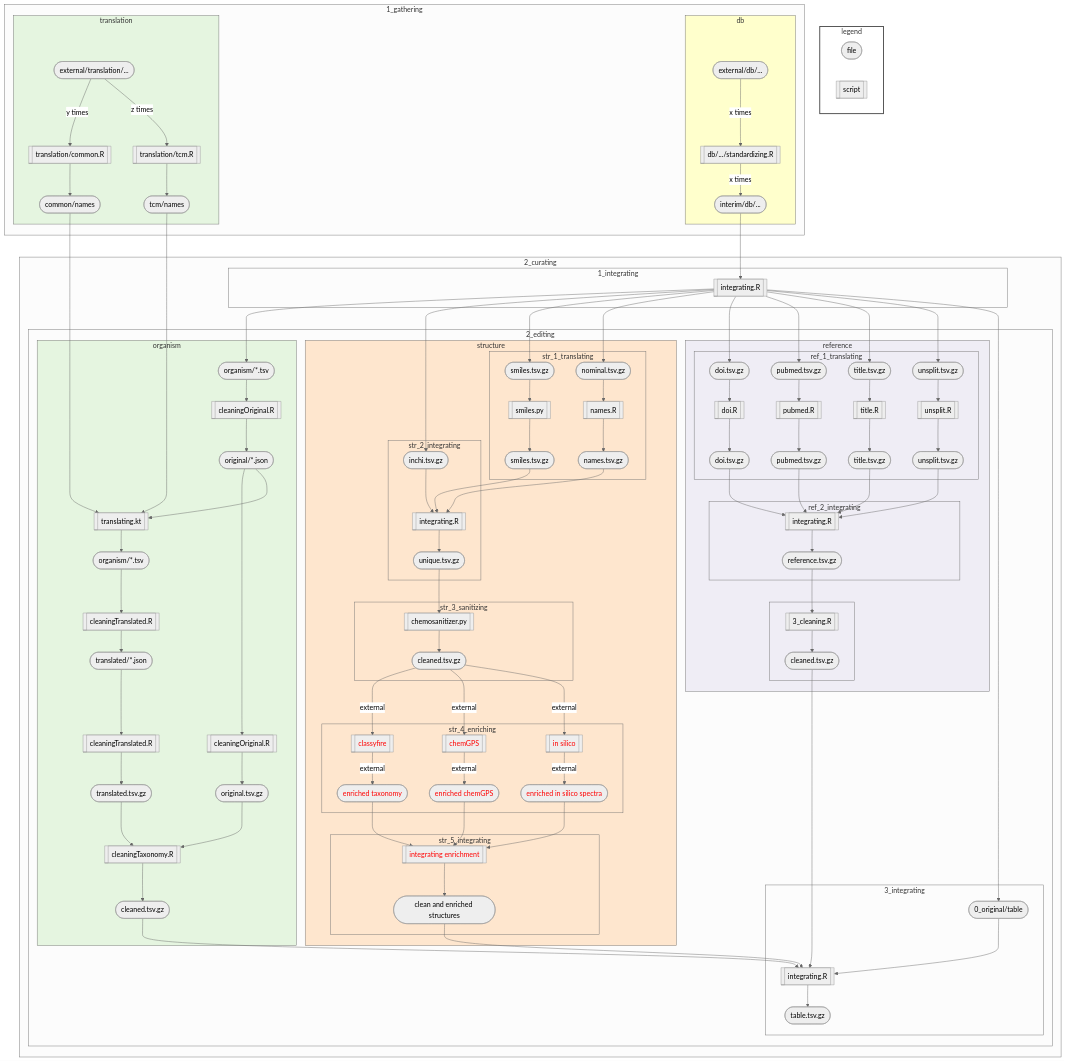
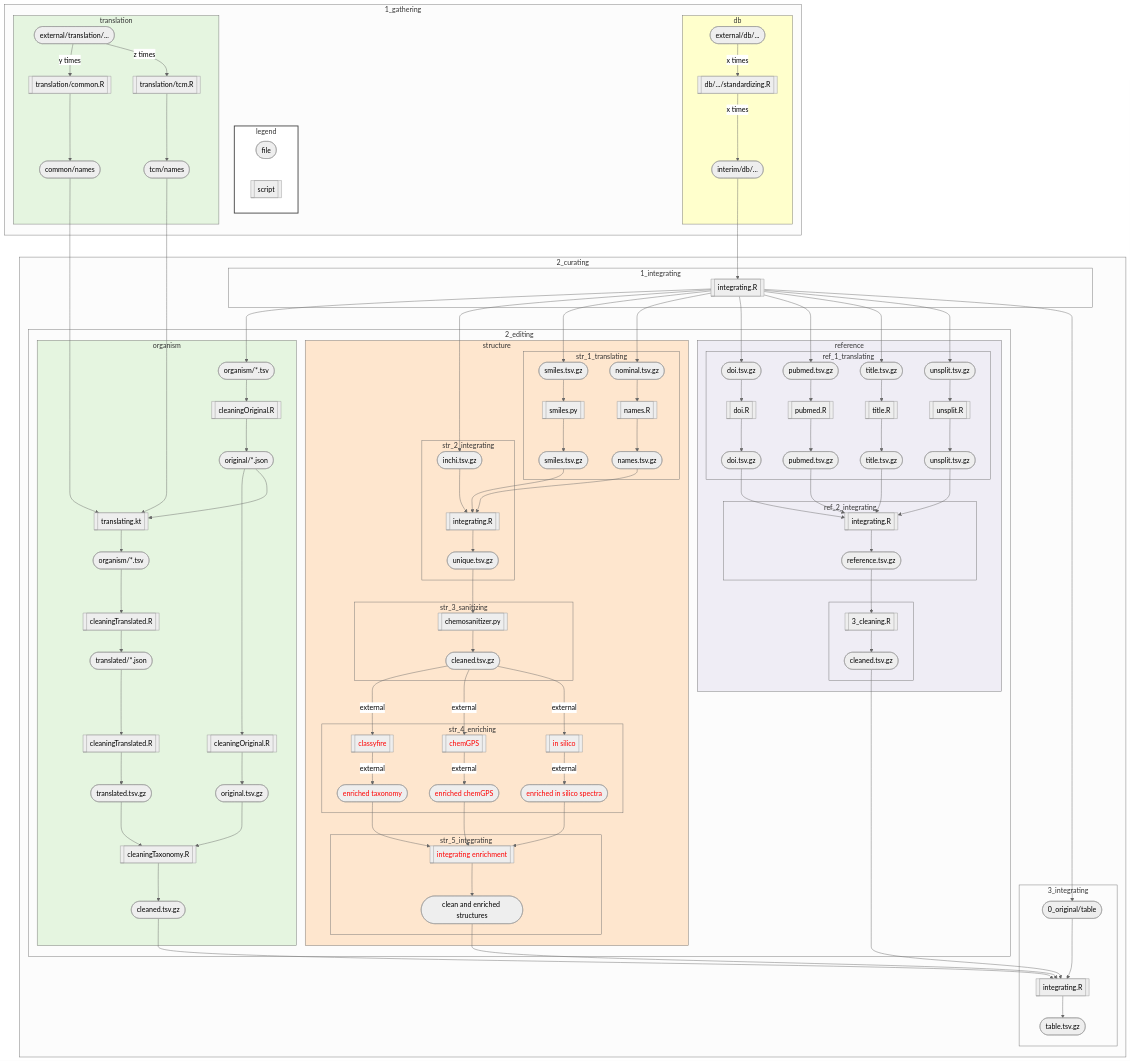
Before and after one commit to lotusnprod/lotus-processor: the diagram in README.md, drawn with Mermaid (neutral theme).

Commit message:
docs(update readme): improve mermaid diagram formatting and readability

````diff
--- a/README.md
+++ b/README.md
@@ -8,13 +8,13 @@
 ```mermaid
 graph TD
 
+subgraph 1_gathering
 subgraph legend
 style legend fill:#FFFFFF,stroke:#424242,stroke-width:2px
 A([file])
 B[[script]]
 end
 
-subgraph 1_gathering
 subgraph db
 style db fill:#ffffcc
 010([external/db/...]) -- x times --> 020[[db/.../standardizing.R]] -- x times --> 030([interim/db/...]) 
@@ -149,7 +149,7 @@
         390([cleaned.tsv.gz])
 end
 end
-
+end
 subgraph 3_integrating
 080[[integrating.R]] --> 400([0_original/table])
 120([cleaned.tsv.gz]) -->
@@ -163,7 +163,6 @@
 
 400([0_original/table]) --> 
     998[[integrating.R]] --> 999([table.tsv.gz])
-end
 end    
 end
 ```
````
